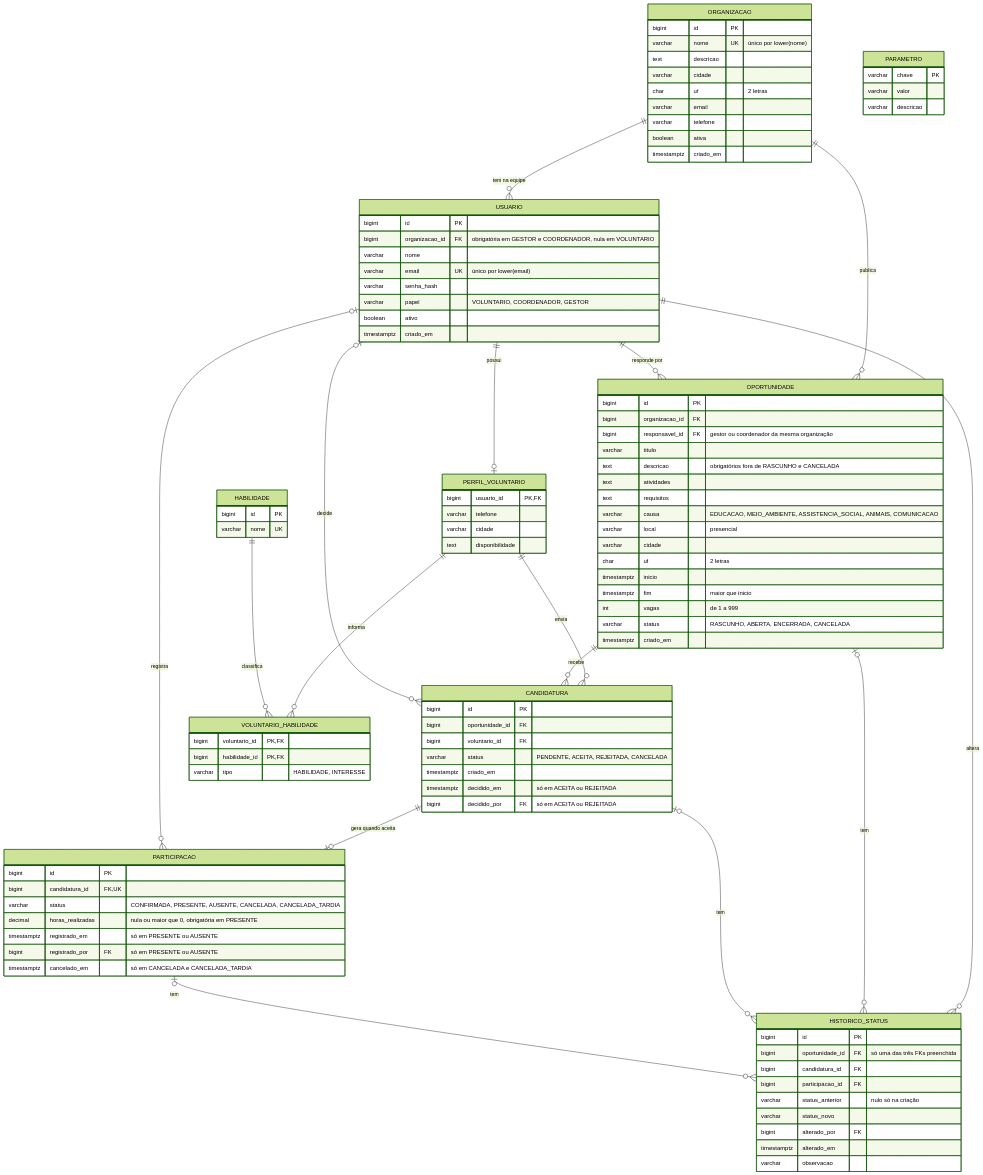
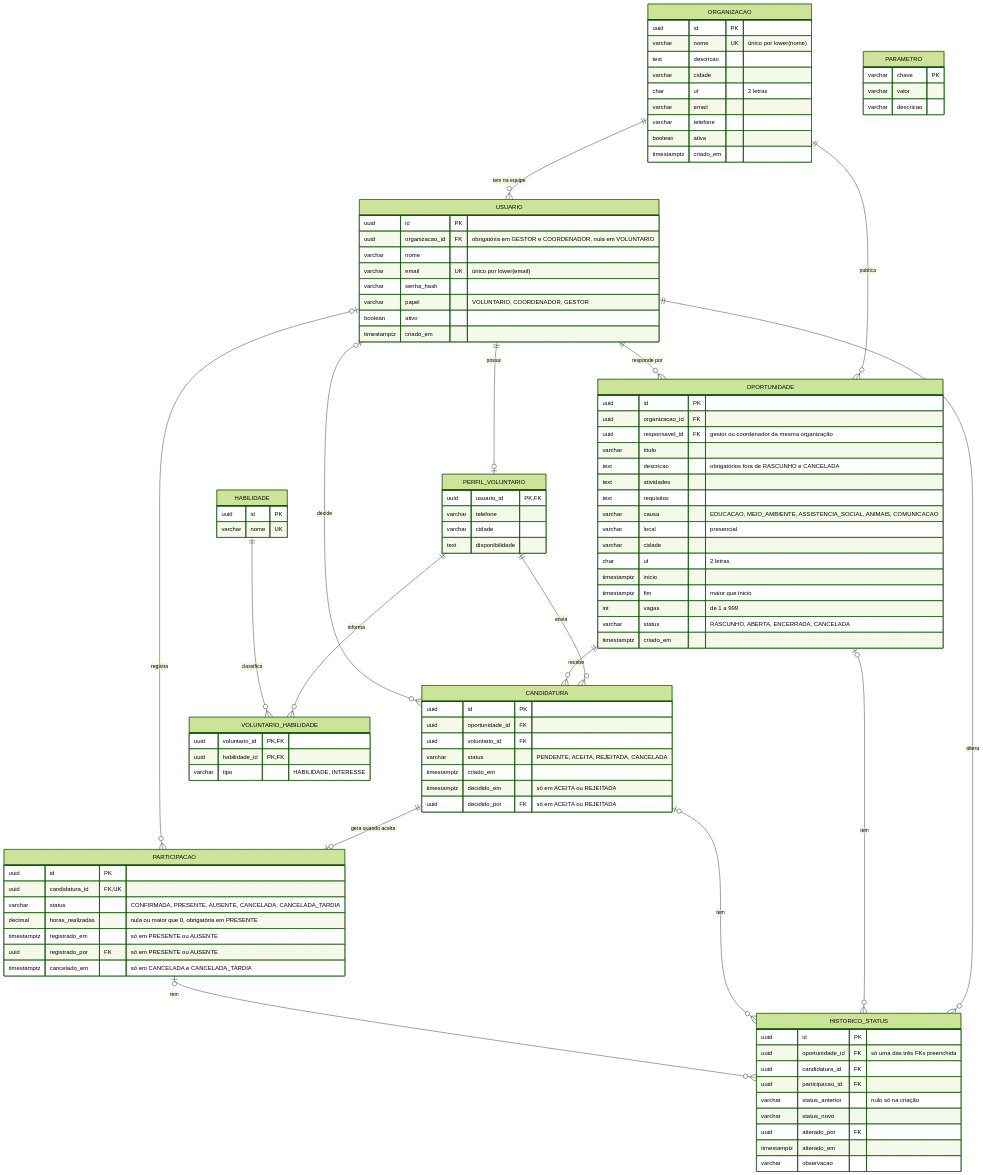
One commit to system-extension/voluntare changed the diagram in docs/der/der.mmd. Above: the diagram before and after it, drawn with Mermaid (forest theme). The commit also changed 36 other files, not shown here.

First line of the commit message:
refactor(db): troca as chaves IDENTITY por UUID v7

```diff
--- a/docs/der/der.mmd
+++ b/docs/der/der.mmd
@@ -1,105 +1,105 @@
 erDiagram
     ORGANIZACAO ||--o{ USUARIO : "tem na equipe"
     ORGANIZACAO ||--o{ OPORTUNIDADE : "publica"
     USUARIO ||--o| PERFIL_VOLUNTARIO : "possui"
     USUARIO ||--o{ OPORTUNIDADE : "responde por"
     PERFIL_VOLUNTARIO ||--o{ CANDIDATURA : "envia"
     OPORTUNIDADE ||--o{ CANDIDATURA : "recebe"
     CANDIDATURA ||--o| PARTICIPACAO : "gera quando aceita"
     PERFIL_VOLUNTARIO ||--o{ VOLUNTARIO_HABILIDADE : "informa"
     HABILIDADE ||--o{ VOLUNTARIO_HABILIDADE : "classifica"
     USUARIO |o--o{ CANDIDATURA : "decide"
     USUARIO |o--o{ PARTICIPACAO : "registra"
     USUARIO ||--o{ HISTORICO_STATUS : "altera"
     OPORTUNIDADE |o--o{ HISTORICO_STATUS : "tem"
     CANDIDATURA |o--o{ HISTORICO_STATUS : "tem"
     PARTICIPACAO |o--o{ HISTORICO_STATUS : "tem"
 
     ORGANIZACAO {
-        bigint id PK
+        uuid id PK
         varchar nome UK "único por lower(nome)"
         text descricao
         varchar cidade
         char uf "2 letras"
         varchar email
         varchar telefone
         boolean ativa
         timestamptz criado_em
     }
     USUARIO {
-        bigint id PK
-        bigint organizacao_id FK "obrigatória em GESTOR e COORDENADOR, nula em VOLUNTARIO"
+        uuid id PK
+        uuid organizacao_id FK "obrigatória em GESTOR e COORDENADOR, nula em VOLUNTARIO"
         varchar nome
         varchar email UK "único por lower(email)"
         varchar senha_hash
         varchar papel "VOLUNTARIO, COORDENADOR, GESTOR"
         boolean ativo
         timestamptz criado_em
     }
     PERFIL_VOLUNTARIO {
-        bigint usuario_id PK, FK
+        uuid usuario_id PK, FK
         varchar telefone
         varchar cidade
         text disponibilidade
     }
     HABILIDADE {
-        bigint id PK
+        uuid id PK
         varchar nome UK
     }
     VOLUNTARIO_HABILIDADE {
-        bigint voluntario_id PK, FK
-        bigint habilidade_id PK, FK
+        uuid voluntario_id PK, FK
+        uuid habilidade_id PK, FK
         varchar tipo "HABILIDADE, INTERESSE"
     }
     OPORTUNIDADE {
-        bigint id PK
-        bigint organizacao_id FK
-        bigint responsavel_id FK "gestor ou coordenador da mesma organização"
+        uuid id PK
+        uuid organizacao_id FK
+        uuid responsavel_id FK "gestor ou coordenador da mesma organização"
         varchar titulo
         text descricao "obrigatórios fora de RASCUNHO e CANCELADA"
         text atividades
         text requisitos
         varchar causa "EDUCACAO, MEIO_AMBIENTE, ASSISTENCIA_SOCIAL, ANIMAIS, COMUNICACAO"
         varchar local "presencial"
         varchar cidade
         char uf "2 letras"
         timestamptz inicio
         timestamptz fim "maior que inicio"
         int vagas "de 1 a 999"
         varchar status "RASCUNHO, ABERTA, ENCERRADA, CANCELADA"
         timestamptz criado_em
     }
     CANDIDATURA {
-        bigint id PK
-        bigint oportunidade_id FK
-        bigint voluntario_id FK
+        uuid id PK
+        uuid oportunidade_id FK
+        uuid voluntario_id FK
         varchar status "PENDENTE, ACEITA, REJEITADA, CANCELADA"
         timestamptz criado_em
         timestamptz decidido_em "só em ACEITA ou REJEITADA"
-        bigint decidido_por FK "só em ACEITA ou REJEITADA"
+        uuid decidido_por FK "só em ACEITA ou REJEITADA"
     }
     PARTICIPACAO {
-        bigint id PK
-        bigint candidatura_id FK, UK
+        uuid id PK
+        uuid candidatura_id FK, UK
         varchar status "CONFIRMADA, PRESENTE, AUSENTE, CANCELADA, CANCELADA_TARDIA"
         decimal horas_realizadas "nula ou maior que 0, obrigatória em PRESENTE"
         timestamptz registrado_em "só em PRESENTE ou AUSENTE"
-        bigint registrado_por FK "só em PRESENTE ou AUSENTE"
+        uuid registrado_por FK "só em PRESENTE ou AUSENTE"
         timestamptz cancelado_em "só em CANCELADA e CANCELADA_TARDIA"
     }
     HISTORICO_STATUS {
-        bigint id PK
-        bigint oportunidade_id FK "só uma das três FKs preenchida"
-        bigint candidatura_id FK
-        bigint participacao_id FK
+        uuid id PK
+        uuid oportunidade_id FK "só uma das três FKs preenchida"
+        uuid candidatura_id FK
+        uuid participacao_id FK
         varchar status_anterior "nulo só na criação"
         varchar status_novo
-        bigint alterado_por FK
+        uuid alterado_por FK
         timestamptz alterado_em
         varchar observacao
     }
     PARAMETRO {
         varchar chave PK
         varchar valor
         varchar descricao
     }
```
